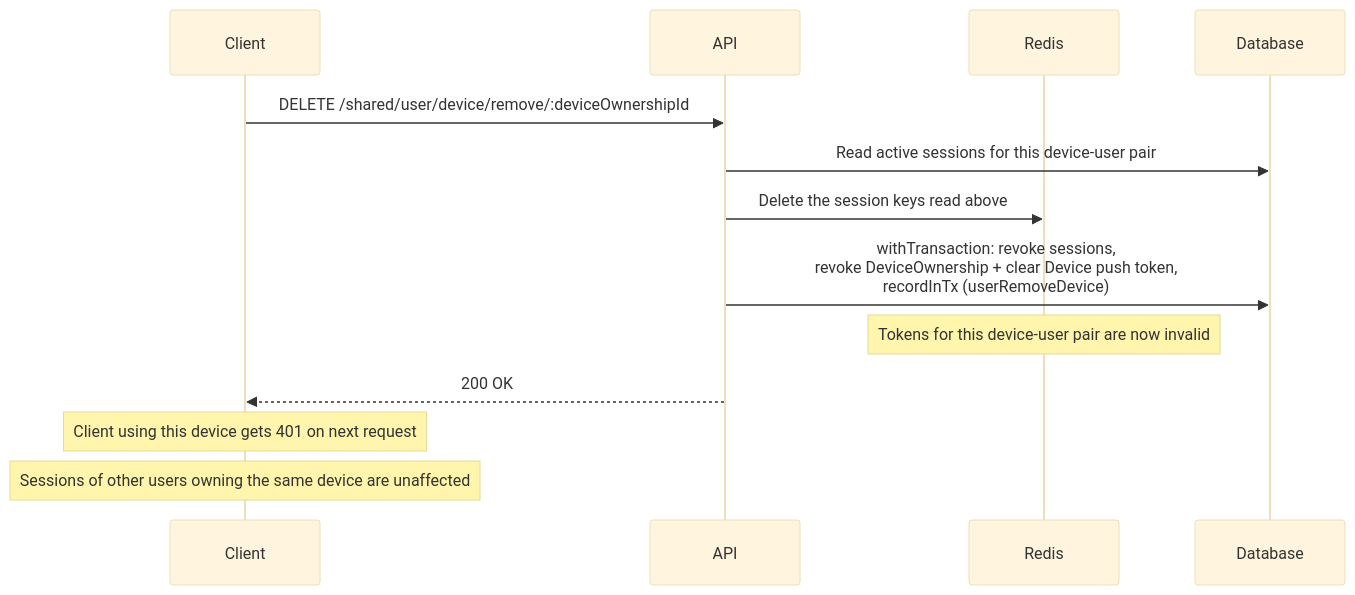
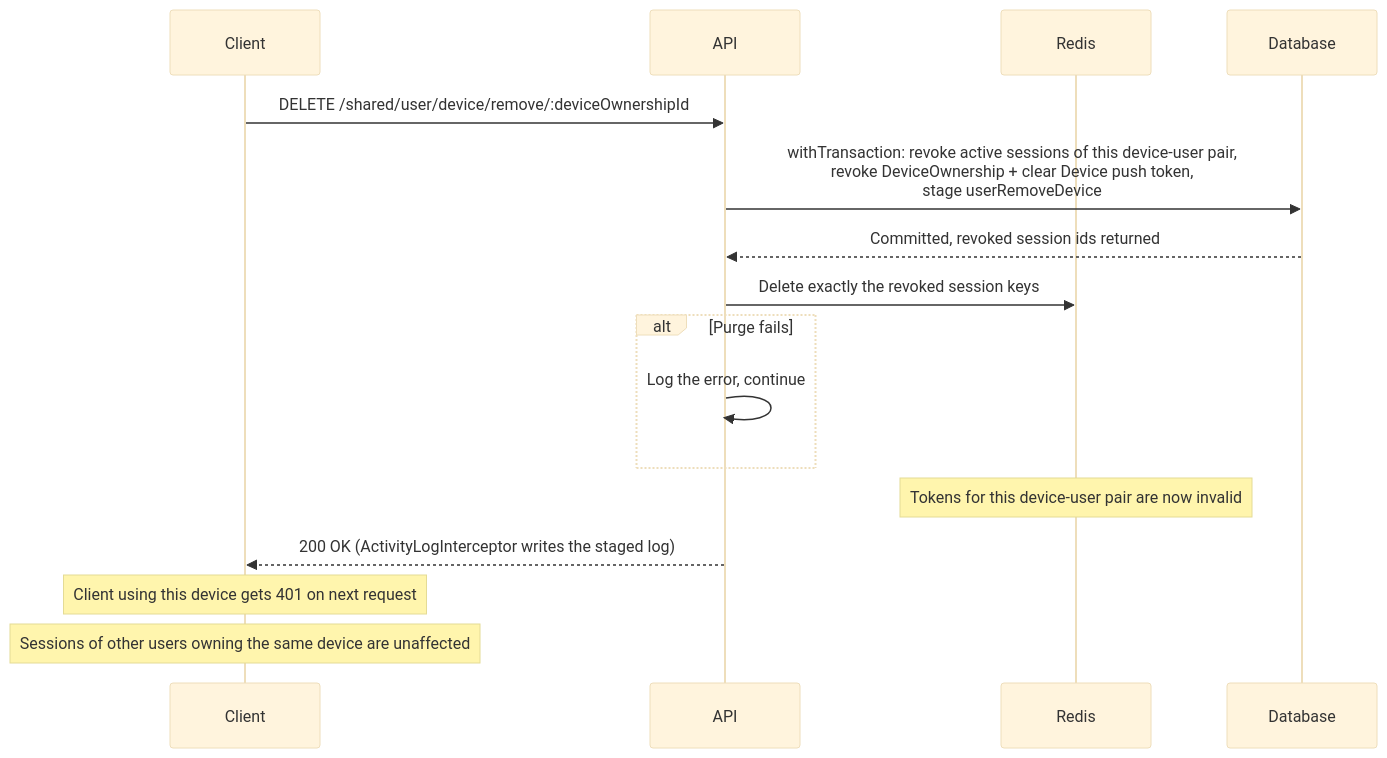
Before and after one commit to andrechristikan/ack-nestjs-boilerplate: the diagram in docs/device.md, drawn with Mermaid (base theme). The commit also changed other lines of this file and 1013 other files, not shown here.

````diff
--- a/docs/device.md
+++ b/docs/device.md
@@ -101,16 +107,19 @@
 ```mermaid
 sequenceDiagram
     participant Client
     participant API
     participant Redis
     participant Database
 
     Client->>API: DELETE /shared/user/device/remove/:deviceOwnershipId
-    API->>Database: Read active sessions for this device-user pair
-    API->>Redis: Delete the session keys read above
-    API->>Database: withTransaction: revoke sessions,<br/>revoke DeviceOwnership + clear Device push token,<br/>recordInTx (userRemoveDevice)
+    API->>Database: withTransaction: revoke active sessions of this device-user pair,<br/>revoke DeviceOwnership + clear Device push token,<br/>stage userRemoveDevice
+    Database-->>API: Committed, revoked session ids returned
+    API->>Redis: Delete exactly the revoked session keys
+    alt Purge fails
+        API->>API: Log the error, continue
+    end
     Note over Redis: Tokens for this device-user pair are now invalid
-    API-->>Client: 200 OK
+    API-->>Client: 200 OK (ActivityLogInterceptor writes the staged log)
     Note over Client: Client using this device gets 401 on next request
     Note over Client: Sessions of other users owning the same device are unaffected
 ```
````
